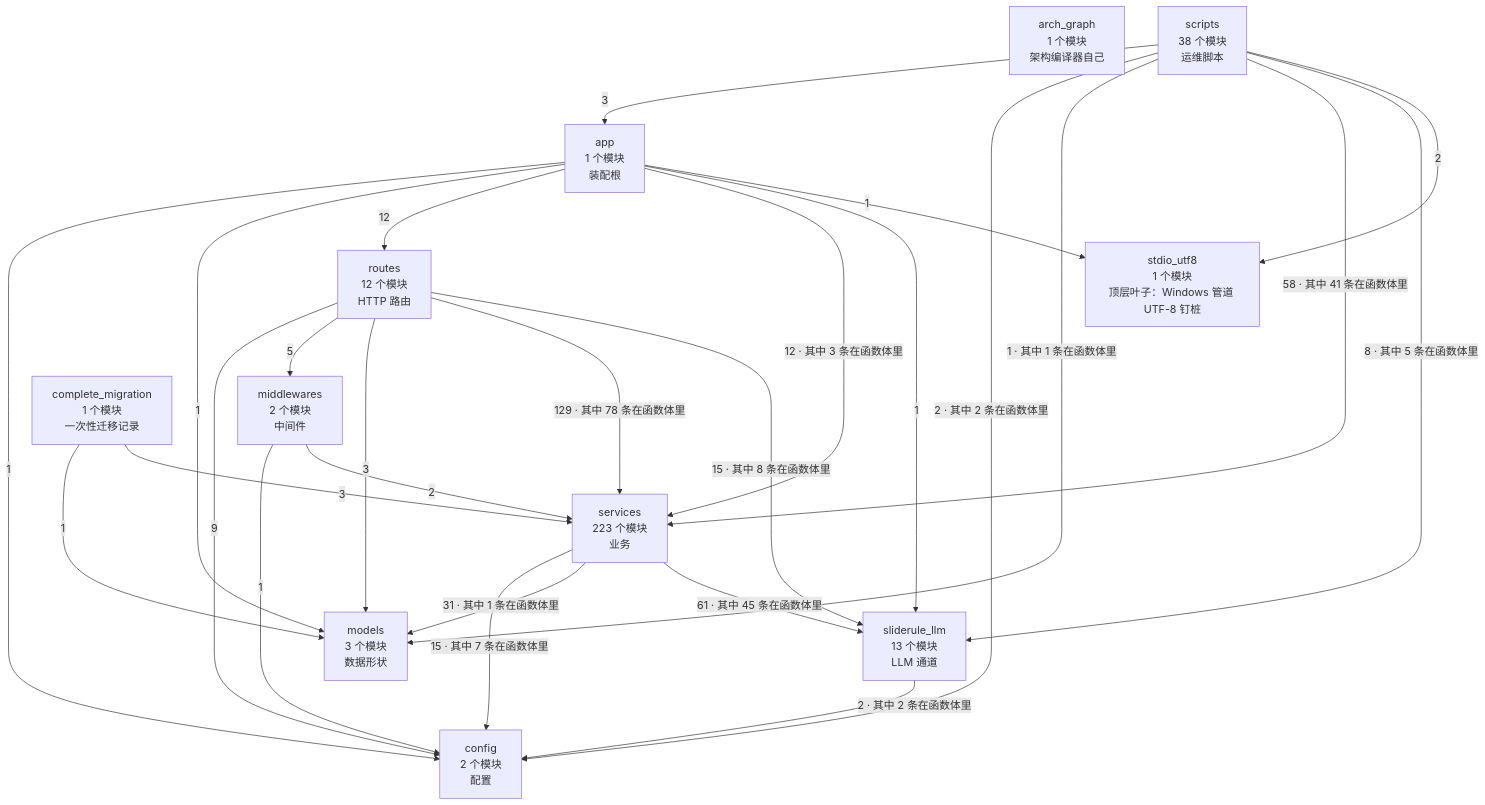
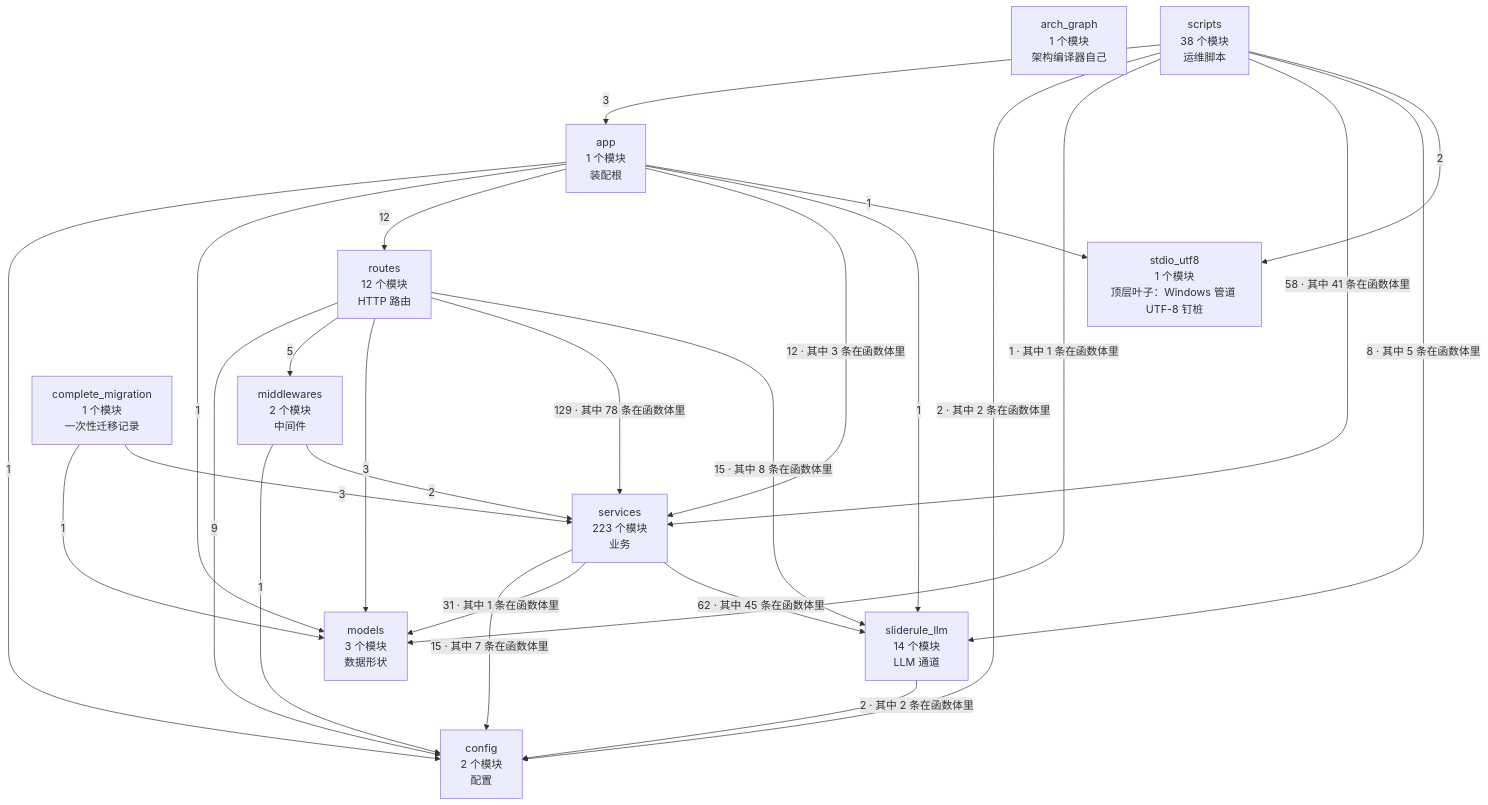
The second of 4 diagrams in docs/SlideRule V6.2 架构图（自动生成）.md (2686521696/WhyBuddy), drawn with Mermaid before and after one commit. The commit also changed other lines of this file and 5 other files, not shown here.

````diff
--- a/docs/SlideRule V6.2 架构图（自动生成）.md
+++ b/docs/SlideRule V6.2 架构图（自动生成）.md
@@ -60,39 +60,39 @@
 ```mermaid
 flowchart TB
   arch_graph["arch_graph<br/>1 个模块<br/>架构编译器自己"]
   config["config<br/>2 个模块<br/>配置"]
   models["models<br/>3 个模块<br/>数据形状"]
   stdio_utf8["stdio_utf8<br/>1 个模块<br/>顶层叶子：Windows 管道 UTF-8 钉桩"]
-  sliderule_llm["sliderule_llm<br/>13 个模块<br/>LLM 通道"]
+  sliderule_llm["sliderule_llm<br/>14 个模块<br/>LLM 通道"]
   middlewares["middlewares<br/>2 个模块<br/>中间件"]
   services["services<br/>223 个模块<br/>业务"]
   routes["routes<br/>12 个模块<br/>HTTP 路由"]
   app["app<br/>1 个模块<br/>装配根"]
   complete_migration["complete_migration<br/>1 个模块<br/>一次性迁移记录"]
   scripts["scripts<br/>38 个模块<br/>运维脚本"]
   app -->|1| config
   app -->|1| models
   app -->|12| routes
   app -->|12 · 其中 3 条在函数体里| services
   app -->|1| sliderule_llm
   app -->|1| stdio_utf8
   complete_migration -->|1| models
   complete_migration -->|3| services
   middlewares -->|1| config
   middlewares -->|2| services
   routes -->|9| config
   routes -->|5| middlewares
   routes -->|3| models
   routes -->|129 · 其中 78 条在函数体里| services
   routes -->|15 · 其中 8 条在函数体里| sliderule_llm
   scripts -->|3| app
   scripts -->|2 · 其中 2 条在函数体里| config
   scripts -->|1 · 其中 1 条在函数体里| models
   scripts -->|58 · 其中 41 条在函数体里| services
   scripts -->|8 · 其中 5 条在函数体里| sliderule_llm
   scripts -->|2| stdio_utf8
   services -->|15 · 其中 7 条在函数体里| config
   services -->|31 · 其中 1 条在函数体里| models
-  services -->|61 · 其中 45 条在函数体里| sliderule_llm
+  services -->|62 · 其中 45 条在函数体里| sliderule_llm
   sliderule_llm -->|2 · 其中 2 条在函数体里| config
 ```
````
